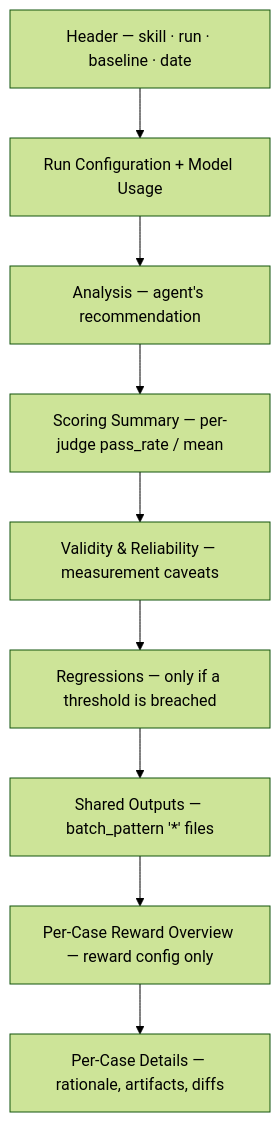
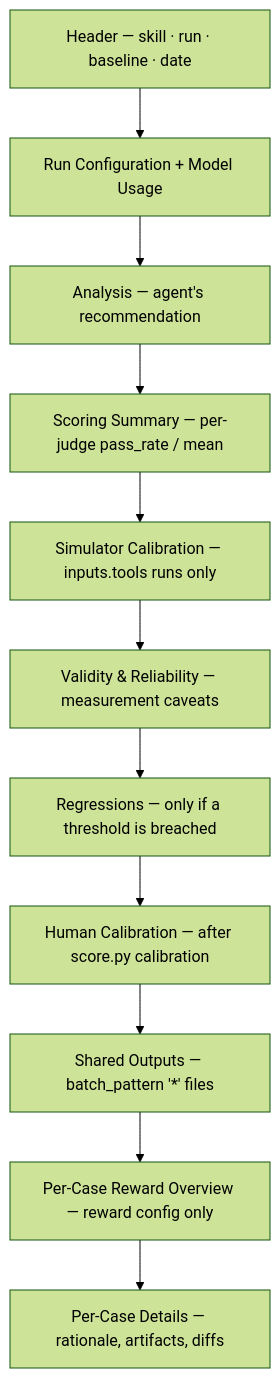
Before and after one commit to opendatahub-io/agent-eval-harness: the diagram in website/get-started/reading-the-report.md, drawn with Mermaid (forest theme). The commit also changed other lines of this file and 22 other files, not shown here.

````diff
--- a/website/get-started/reading-the-report.md
+++ b/website/get-started/reading-the-report.md
@@ -45,11 +45,13 @@
 ```mermaid
 flowchart TD
     H[Header — skill · run · baseline · date] --> RC[Run Configuration + Model Usage]
     RC --> AN[Analysis — agent's recommendation]
     AN --> SS[Scoring Summary — per-judge pass_rate / mean]
-    SS --> VR["Validity & Reliability — measurement caveats"]
+    SS --> SC["Simulator Calibration — inputs.tools runs only"]
+    SC --> VR["Validity & Reliability — measurement caveats"]
     VR --> RG[Regressions — only if a threshold is breached]
-    RG --> SO[Shared Outputs — batch_pattern '*' files]
+    RG --> HC["Human Calibration — after score.py calibration"]
+    HC --> SO[Shared Outputs — batch_pattern '*' files]
     SO --> RO["Per-Case Reward Overview — reward config only"]
     RO --> PC[Per-Case Details — rationale, artifacts, diffs]
 ```
````
